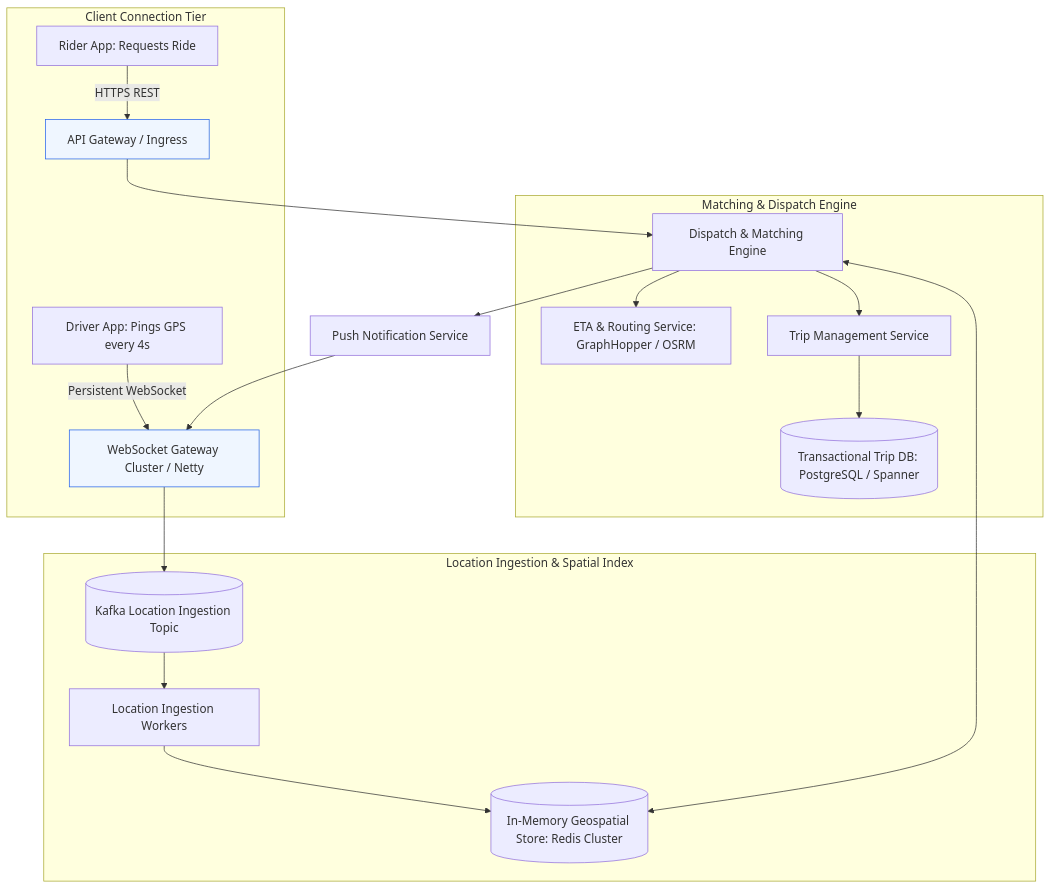
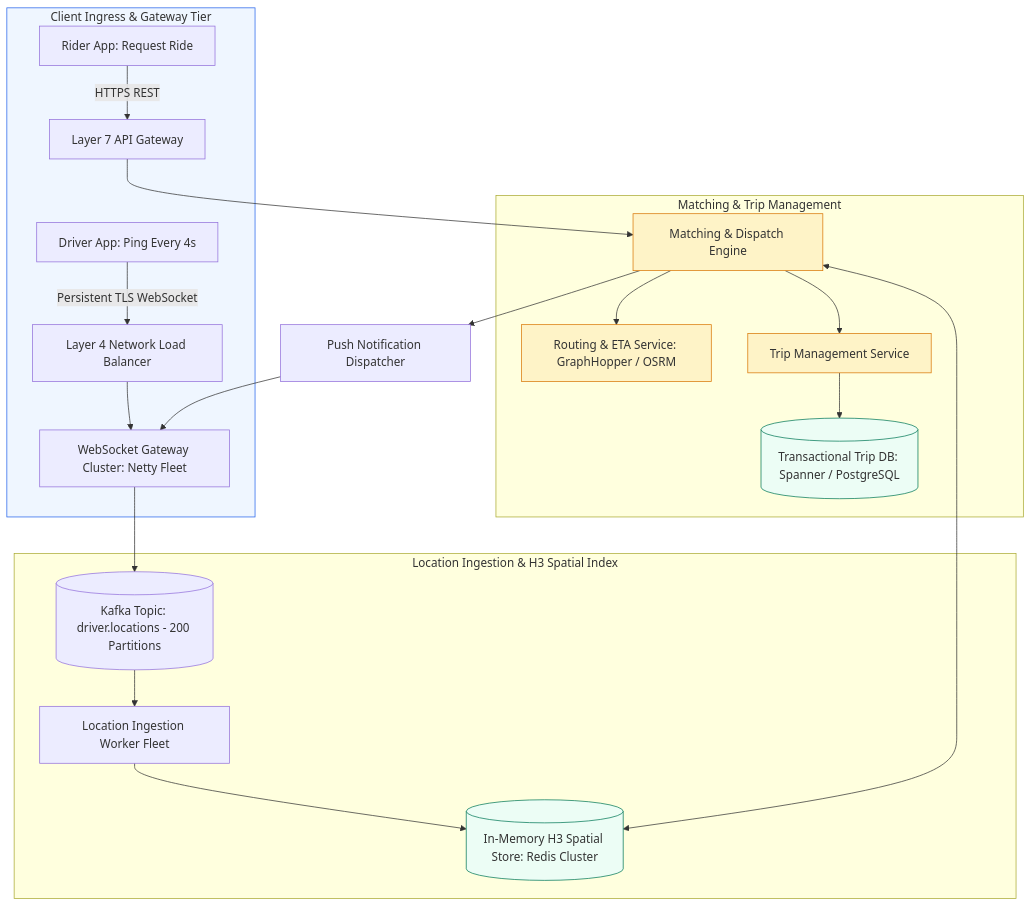
One commit to kvai9826/system-design-for-program-managers changed the second of 5 diagrams in 05-real-world-case-studies/04-ride-sharing-dispatch.md. Above: the diagram before and after it, drawn with Mermaid. The commit also changed other lines of this file and 30 other files, not shown here.

````diff
--- a/05-real-world-case-studies/04-ride-sharing-dispatch.md
+++ b/05-real-world-case-studies/04-ride-sharing-dispatch.md
@@ -36,29 +92,32 @@
 ```mermaid
 flowchart TD
-    subgraph ClientLayer [Client Connection Tier]
-        Driver[Driver App: Pings GPS every 4s] -->|Persistent WebSocket| WSGateway[WebSocket Gateway Cluster / Netty]
-        Rider[Rider App: Requests Ride] -->|HTTPS REST| APIGateway[API Gateway / Ingress]
+    subgraph IngressTier [Client Ingress & Gateway Tier]
+        DriverPhone[Driver App: Ping Every 4s] -->|Persistent TLS WebSocket| L4LB[Layer 4 Network Load Balancer]
+        L4LB --> WSGateway[WebSocket Gateway Cluster: Netty Fleet]
+        RiderPhone[Rider App: Request Ride] -->|HTTPS REST| ALB[Layer 7 API Gateway]
     end
 
-    subgraph LocationPipeline [Location Ingestion & Spatial Index]
-        WSGateway --> LocationStream[(Kafka Location Ingestion Topic)]
-        LocationStream --> GeoWorker[Location Ingestion Workers]
-        GeoWorker --> GeoCache[(In-Memory Geospatial Store: Redis Cluster)]
+    subgraph LocationPipeline [Location Ingestion & H3 Spatial Index]
+        WSGateway --> KafkaLoc[(Kafka Topic: driver.locations - 200 Partitions)]
+        KafkaLoc --> GeoWorker[Location Ingestion Worker Fleet]
+        GeoWorker --> GeoRedis[(In-Memory H3 Spatial Store: Redis Cluster)]
     end
 
-    subgraph DispatchPipeline [Matching & Dispatch Engine]
-        APIGateway --> MatchEngine[Dispatch & Matching Engine]
-        MatchEngine <--> GeoCache
-        MatchEngine --> RouteSvc[ETA & Routing Service: GraphHopper / OSRM]
+    subgraph DispatchPipeline [Matching & Trip Management]
+        ALB --> MatchEngine[Matching & Dispatch Engine]
+        MatchEngine <--> GeoRedis
+        MatchEngine --> RouteSvc[Routing & ETA Service: GraphHopper / OSRM]
         MatchEngine --> TripSvc[Trip Management Service]
-        TripSvc --> TripDB[(Transactional Trip DB: PostgreSQL / Spanner)]
+        TripSvc --> TripDB[(Transactional Trip DB: Spanner / PostgreSQL)]
     end
 
-    MatchEngine --> NotifySvc[Push Notification Service]
+    MatchEngine --> NotifySvc[Push Notification Dispatcher]
     NotifySvc --> WSGateway
 
-    classDef ws fill:#eff6ff,stroke:#2563eb,stroke-width:1px;
-    class DefDB fill:#ecfdf5,stroke:#047857,stroke-width:1px;
-    class WSGateway,APIGateway ws;
-    class GeoCache,TripDB DefDB;
+    classDef ingStyle fill:#eff6ff,stroke:#2563eb,stroke-width:1px;
+    classDef dbStyle fill:#ecfdf5,stroke:#047857,stroke-width:1px;
+    classDef appStyle fill:#fef3c7,stroke:#d97706,stroke-width:1px;
+    class IngressTier ingStyle;
+    class GeoRedis,TripDB dbStyle;
+    class MatchEngine,RouteSvc,TripSvc appStyle;
 ```
````
